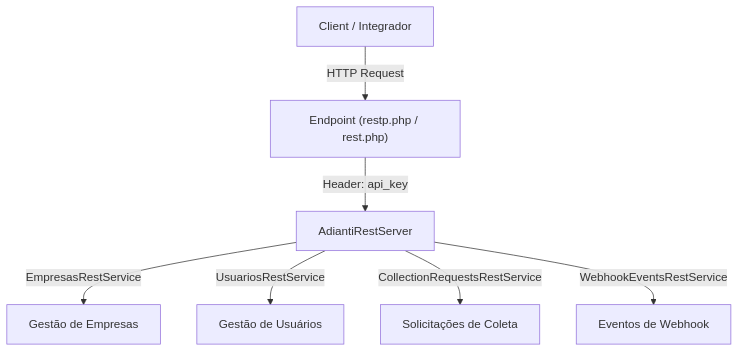
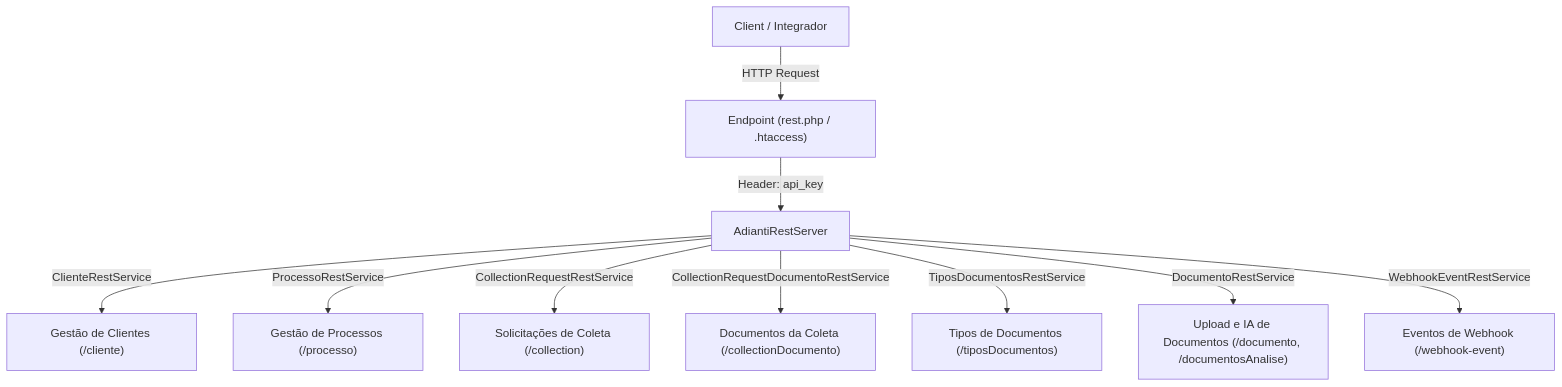
Before and after one commit to eduandrade2903/CapturaDocumentos: the diagram in Documentacao/README.md, drawn with Mermaid. The commit also changed other lines of this file and 12 other files, not shown here.

````diff
--- a/Documentacao/README.md
+++ b/Documentacao/README.md
@@ -11,9 +11,12 @@
 ```mermaid
 graph TD
-    Client["Client / Integrador"] -->|HTTP Request| RestEndpoint["Endpoint (restp.php / rest.php)"]
+    Client["Client / Integrador"] -->|HTTP Request| RestEndpoint["Endpoint (rest.php / .htaccess)"]
     RestEndpoint -->|Header: api_key| Router["AdiantiRestServer"]
-    Router -->|EmpresasRestService| EmpresaService["Gestão de Empresas"]
-    Router -->|UsuariosRestService| UsuarioService["Gestão de Usuários"]
-    Router -->|CollectionRequestsRestService| ColetaService["Solicitações de Coleta"]
-    Router -->|WebhookEventsRestService| WebhookService["Eventos de Webhook"]
+    Router -->|ClienteRestService| ClienteService["Gestão de Clientes (/cliente)"]
+    Router -->|ProcessoRestService| ProcessoService["Gestão de Processos (/processo)"]
+    Router -->|CollectionRequestRestService| ColetaService["Solicitações de Coleta (/collection)"]
+    Router -->|CollectionRequestDocumentoRestService| DocColetaService["Documentos da Coleta (/collectionDocumento)"]
+    Router -->|TiposDocumentosRestService| TiposDocService["Tipos de Documentos (/tiposDocumentos)"]
+    Router -->|DocumentoRestService| DocUploadService["Upload e IA de Documentos (/documento, /documentosAnalise)"]
+    Router -->|WebhookEventRestService| WebhookService["Eventos de Webhook (/webhook-event)"]
 ```
````
